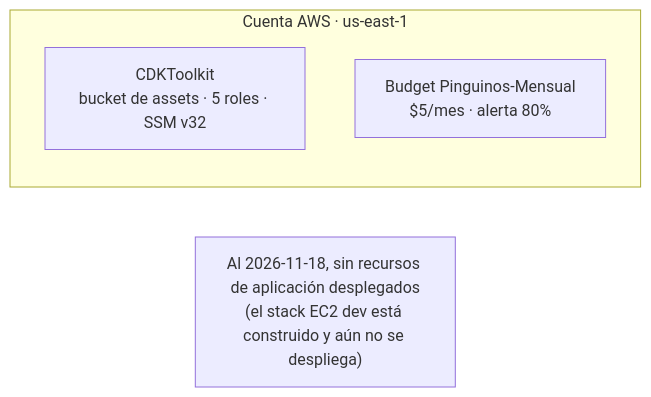
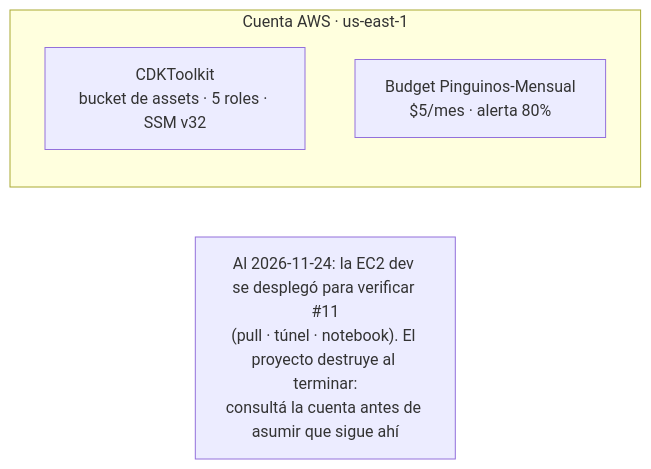
One commit to JairRamosG/Pinguinos-AWS changed the eighth of 9 diagrams in docs/how-it-works.md. Above: the diagram before and after it, drawn with Mermaid. The commit also changed other lines of this file and 1 other file, not shown here.

````diff
--- a/docs/how-it-works.md
+++ b/docs/how-it-works.md
@@ -582,8 +654,8 @@
 ```mermaid
 flowchart LR
     subgraph AWS["Cuenta AWS · us-east-1"]
         TK["CDKToolkit<br/>bucket de assets · 5 roles · SSM v32"]
         BUD["Budget Pinguinos-Mensual<br/>$5/mes · alerta 80%"]
     end
-    NADA["Al 2026-11-18, sin recursos de aplicación desplegados<br/>(el stack EC2 dev está construido y aún no se despliega)"]
+    EST["Al 2026-11-24: la EC2 dev se desplegó para verificar #11<br/>(pull · túnel · notebook). El proyecto destruye al terminar:<br/>consultá la cuenta antes de asumir que sigue ahí"]
 ```
````
